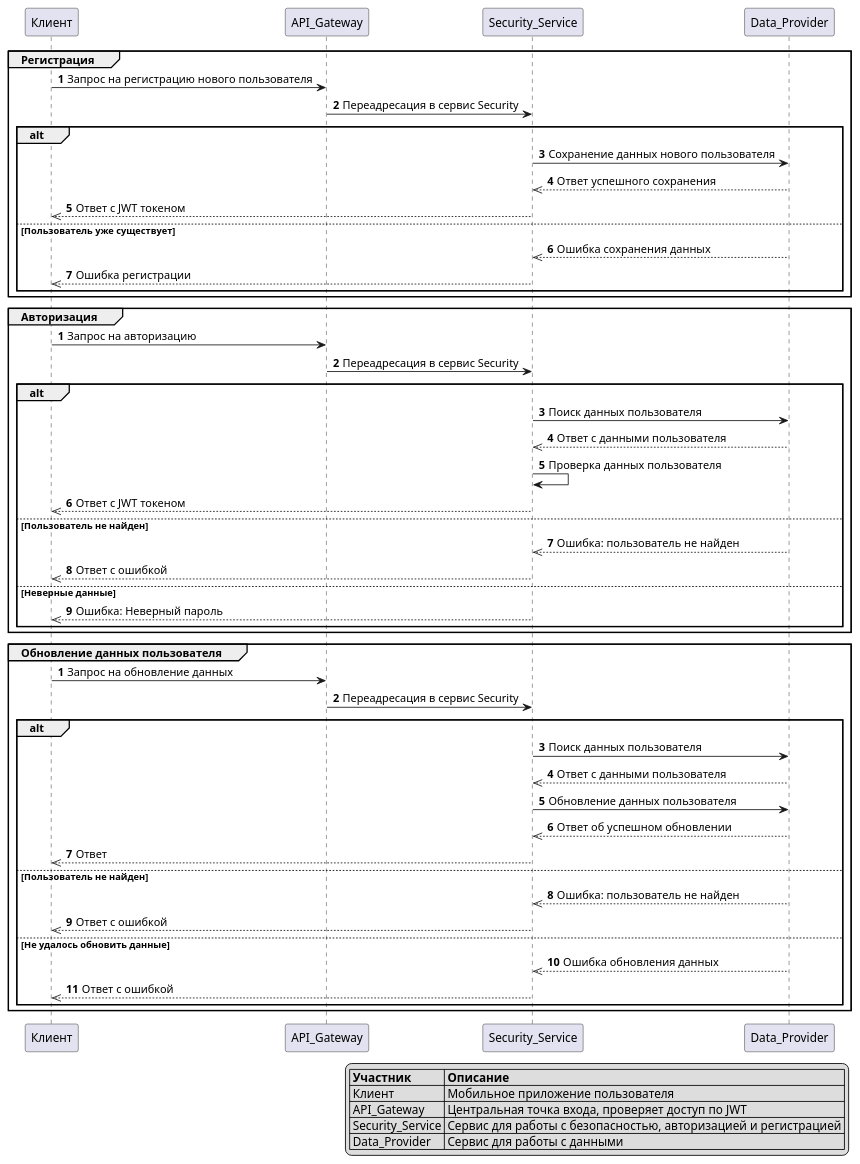
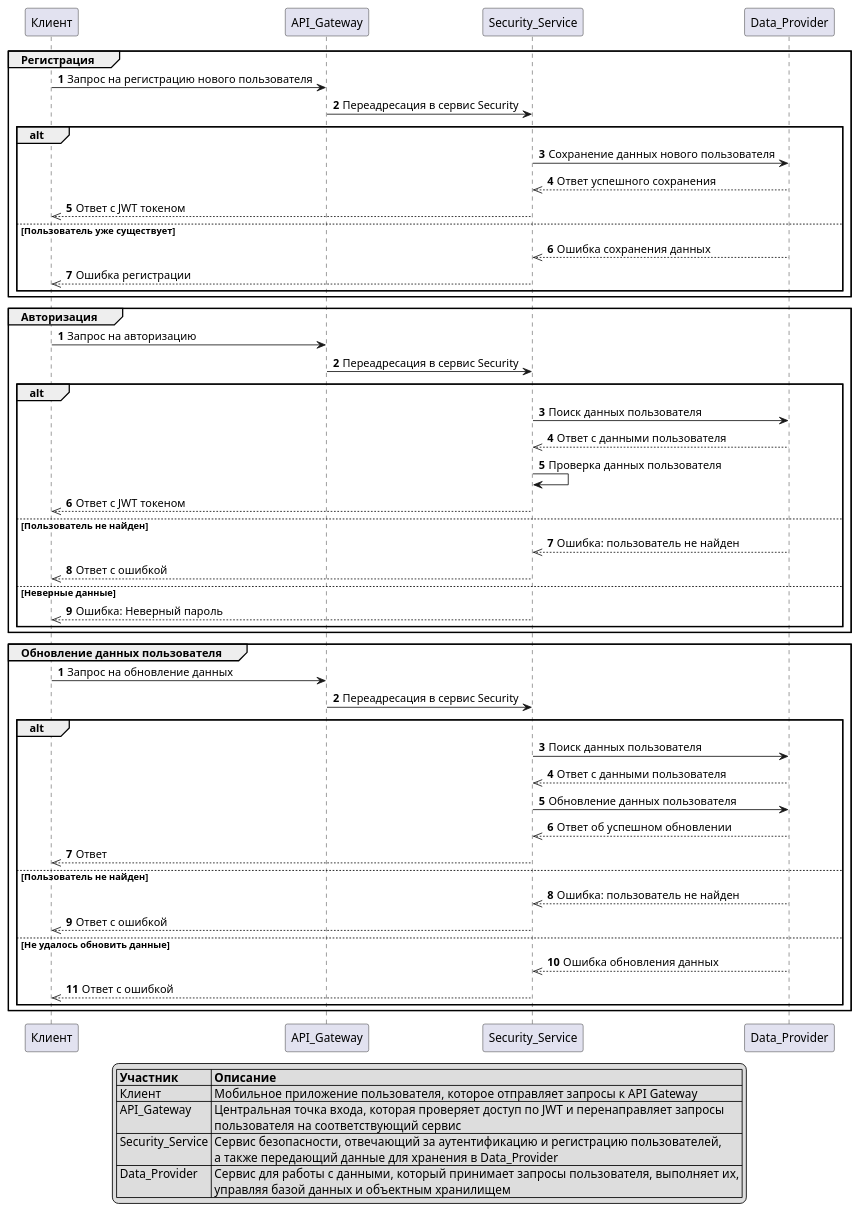
One commit to Coursework-2024-25-WalkingRoutesApp/program-documentation changed the diagram in diagrams/sequence/Security.puml. Above: the diagram before and after it, drawn with PlantUML. The commit also changed 2 other files, not shown here.

```diff
--- a/diagrams/sequence/Security.puml
+++ b/diagrams/sequence/Security.puml
@@ -1,63 +1,63 @@
 @startuml
 'https://plantuml.com/sequence-diagram
 
 autonumber
 
 group Регистрация
     Клиент -> API_Gateway: Запрос на регистрацию нового пользователя
     API_Gateway -> Security_Service: Переадресация в сервис Security
     alt
     Security_Service -> Data_Provider: Сохранение данных нового пользователя
     Data_Provider -->> Security_Service: Ответ успешного сохранения
     Security_Service -->> Клиент: Ответ с JWT токеном
     else  Пользователь уже существует
     Data_Provider -->> Security_Service: Ошибка сохранения данных
     Security_Service -->> Клиент: Ошибка регистрации
     end
 
 end
 
 autonumber
 group Авторизация
     Клиент -> API_Gateway: Запрос на авторизацию
     API_Gateway -> Security_Service: Переадресация в сервис Security
     alt
     Security_Service -> Data_Provider: Поиск данных пользователя
     Data_Provider -->> Security_Service: Ответ с данными пользователя
     Security_Service -> Security_Service: Проверка данных пользователя
     Security_Service -->> Клиент: Ответ с JWT токеном
     else  Пользователь не найден
     Data_Provider -->> Security_Service: Ошибка: пользователь не найден
     Security_Service -->> Клиент: Ответ с ошибкой
     else Неверные данные
     Security_Service -->> Клиент: Ошибка: Неверный пароль
     end
 end
 
 autonumber
 group Обновление данных пользователя
     Клиент -> API_Gateway: Запрос на обновление данных
     API_Gateway -> Security_Service: Переадресация в сервис Security
     alt
     Security_Service -> Data_Provider: Поиск данных пользователя
     Data_Provider -->> Security_Service: Ответ с данными пользователя
     Security_Service -> Data_Provider: Обновление данных пользователя
      Data_Provider -->> Security_Service: Ответ об успешном обновлении
     Security_Service -->> Клиент: Ответ
     else  Пользователь не найден
     Data_Provider -->> Security_Service: Ошибка: пользователь не найден
     Security_Service -->> Клиент: Ответ с ошибкой
     else Не удалось обновить данные
     Data_Provider -->> Security_Service: Ошибка обновления данных
     Security_Service -->> Клиент: Ответ с ошибкой
     end
 end
 
-legend right
-|= Участник |= Описание |
-| Клиент | Мобильное приложение пользователя |
-| API_Gateway | Центральная точка входа, проверяет доступ по JWT |
-| Security_Service | Сервис для работы с безопасностью, авторизацией и регистрацией |
-| Data_Provider | Сервис для работы с данными |
+legend center
+|= Участник        |= Описание |
+| Клиент           | Мобильное приложение пользователя, которое отправляет запросы к API Gateway |
+| API_Gateway      | Центральная точка входа, которая проверяет доступ по JWT и перенаправляет запросы \n пользователя на соответствующий сервис |
+| Security_Service | Сервис безопасности, отвечающий за аутентификацию и регистрацию пользователей, \n а также передающий данные для хранения в Data_Provider |
+| Data_Provider    | Сервис для работы с данными, который принимает запросы пользователя, выполняет их, \n управляя базой данных и объектным хранилищем |
 endlegend
 @enduml
```
